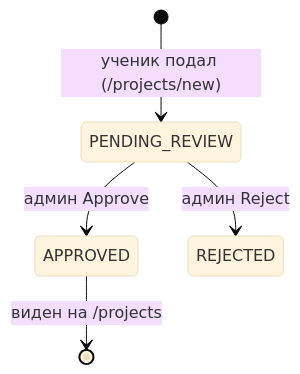
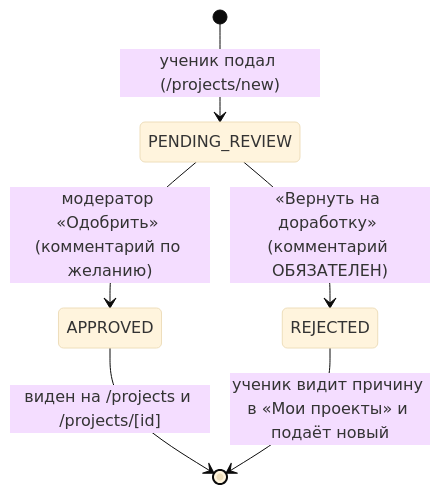
Before and after one commit to azizbekforgit-sudo/Aziz-s_2-projects: the fourth of 5 diagrams in docs/ARCHITECTURE.md, drawn with Mermaid (base theme). The commit also changed other lines of this file and 57 other files, not shown here.

````diff
--- a/docs/ARCHITECTURE.md
+++ b/docs/ARCHITECTURE.md
@@ -137,7 +140,8 @@
 ```mermaid
 stateDiagram-v2
   [*] --> PENDING_REVIEW: ученик подал (/projects/new)
-  PENDING_REVIEW --> APPROVED: админ Approve
-  PENDING_REVIEW --> REJECTED: админ Reject
-  APPROVED --> [*]: виден на /projects
+  PENDING_REVIEW --> APPROVED: модератор «Одобрить» (комментарий по желанию)
+  PENDING_REVIEW --> REJECTED: «Вернуть на доработку» (комментарий ОБЯЗАТЕЛЕН)
+  APPROVED --> [*]: виден на /projects и /projects/[id]
+  REJECTED --> [*]: ученик видит причину в «Мои проекты» и подаёт новый
 ```
````
